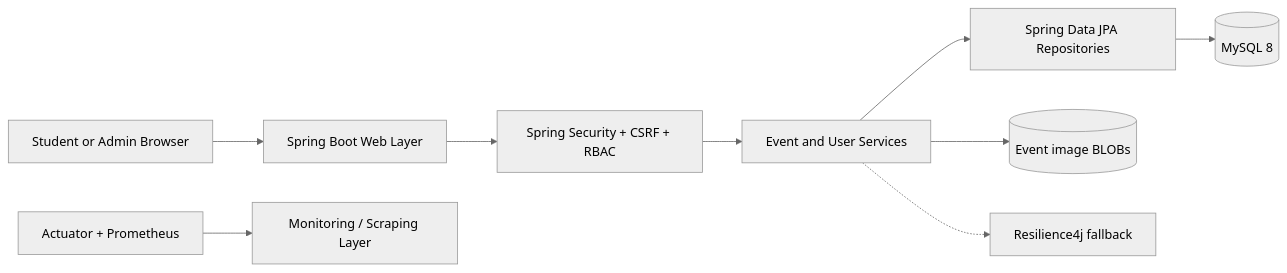
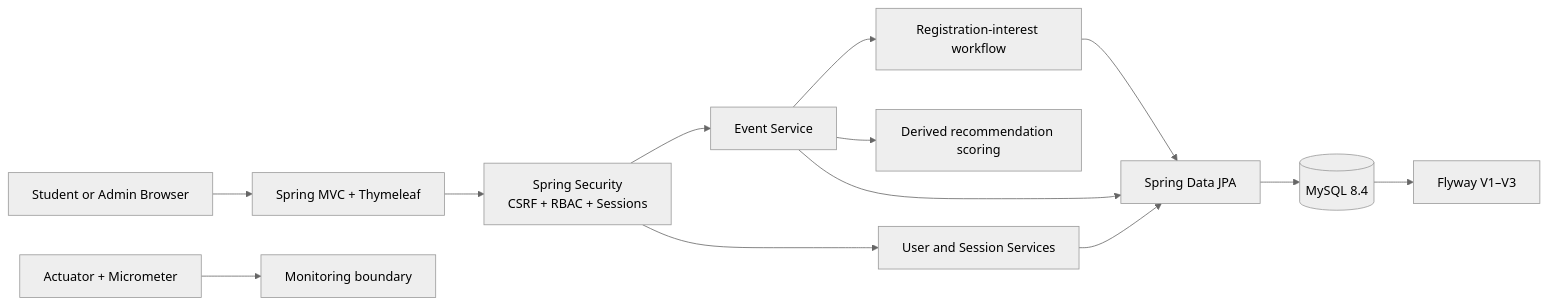
The diagram in README.md (tejaswin-amara/campus-event-manager), drawn with Mermaid (neutral theme) before and after one commit. The commit also changed other lines of this file and 14 other files, not shown here.

````diff
--- a/README.md
+++ b/README.md
@@ -69,11 +103,15 @@
 ```mermaid
 flowchart LR
-    Browser[Student or Admin Browser] --> Web[Spring Boot Web Layer]
-    Web --> Security[Spring Security + CSRF + RBAC]
-    Security --> Services[Event and User Services]
-    Services --> Repositories[Spring Data JPA Repositories]
-    Repositories --> MySQL[(MySQL 8)]
-    Services --> Media[(Event image BLOBs)]
-    Services -.-> Resilience[Resilience4j fallback]
-    AppOps[Actuator + Prometheus] --> Ops[Monitoring / Scraping Layer]
+    Browser[Student or Admin Browser] --> Web[Spring MVC + Thymeleaf]
+    Web --> Security[Spring Security\nCSRF + RBAC + Sessions]
+    Security --> Event[Event Service]
+    Security --> Identity[User and Session Services]
+    Event --> Interest[Registration-interest workflow]
+    Event --> Recommendation[Derived recommendation scoring]
+    Event --> JPA[Spring Data JPA]
+    Identity --> JPA
+    Interest --> JPA
+    JPA --> MySQL[(MySQL 8.4)]
+    MySQL --> Flyway[Flyway V1–V3]
+    AppOps[Actuator + Micrometer] --> Ops[Monitoring boundary]
 ```
````
